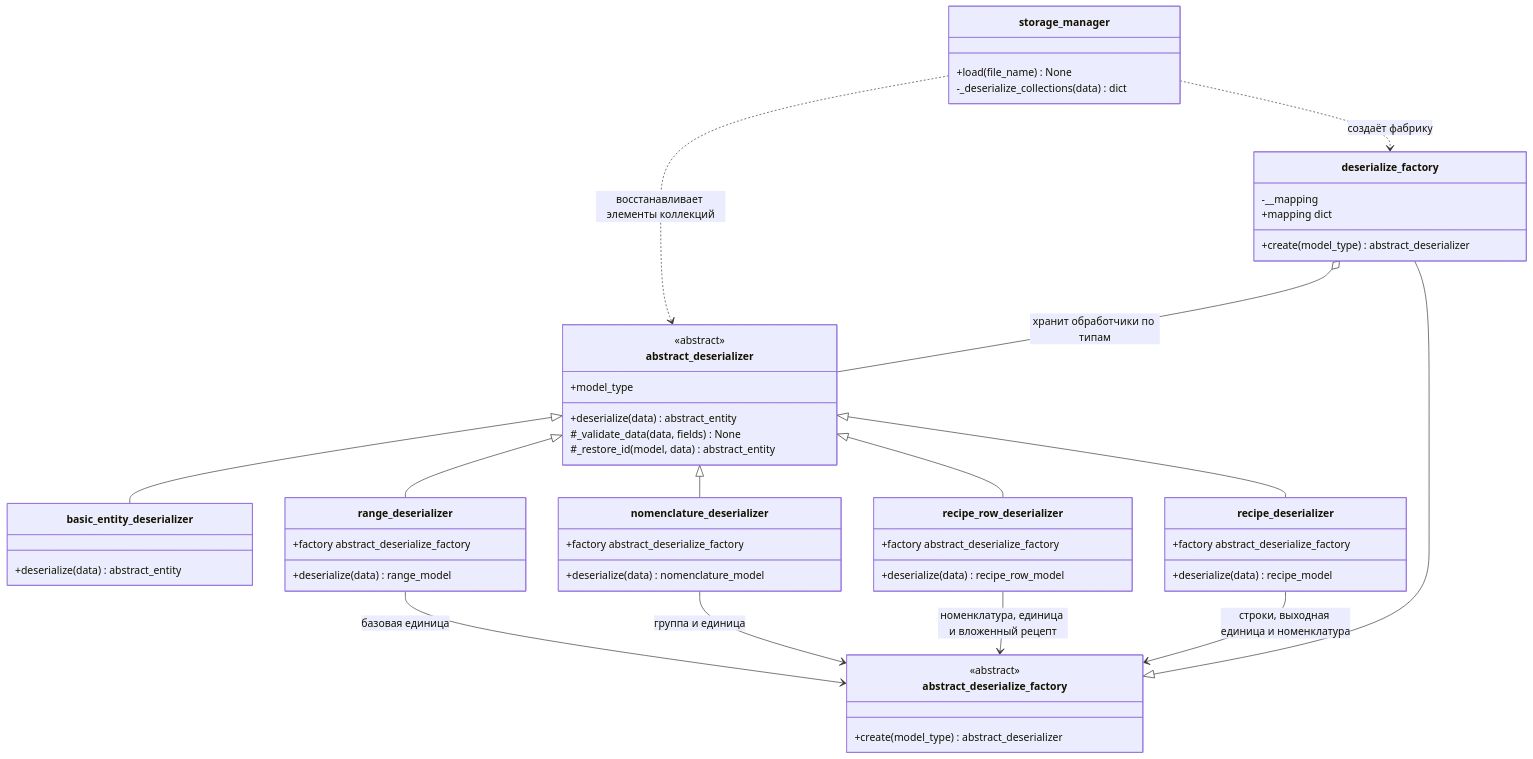
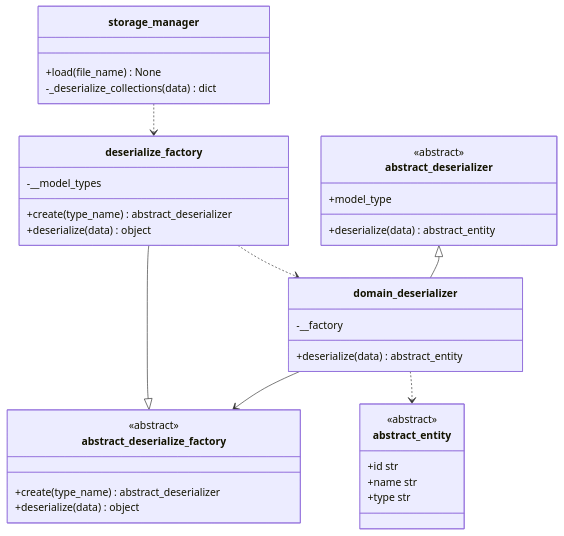
Before and after one commit to Alabaykin/patterns: the diagram in Docs/DeserializationDiagram.md, drawn with Mermaid. The commit also changed other lines of this file, not shown here.

Commit message:
New deserialization diagram

````diff
--- a/Docs/DeserializationDiagram.md
+++ b/Docs/DeserializationDiagram.md
@@ -3,60 +3,41 @@
 ```mermaid
 classDiagram
     direction TB
 
     class storage_manager {
         +load(file_name) None
         -_deserialize_collections(data) dict
     }
     class abstract_deserialize_factory {
         <<abstract>>
-        +create(model_type) abstract_deserializer
+        +create(type_name) abstract_deserializer
+        +deserialize(data) object
     }
     class deserialize_factory {
-        -__mapping
-        +mapping dict
-        +create(model_type) abstract_deserializer
+        -__model_types
+        +create(type_name) abstract_deserializer
+        +deserialize(data) object
     }
     class abstract_deserializer {
         <<abstract>>
         +model_type
         +deserialize(data) abstract_entity
-        #_validate_data(data, fields) None
-        #_restore_id(model, data) abstract_entity
     }
-    class basic_entity_deserializer {
+    class domain_deserializer {
+        -__factory
         +deserialize(data) abstract_entity
     }
-    class range_deserializer {
-        +factory abstract_deserialize_factory
-        +deserialize(data) range_model
-    }
-    class nomenclature_deserializer {
-        +factory abstract_deserialize_factory
-        +deserialize(data) nomenclature_model
-    }
-    class recipe_row_deserializer {
-        +factory abstract_deserialize_factory
-        +deserialize(data) recipe_row_model
-    }
-    class recipe_deserializer {
-        +factory abstract_deserialize_factory
-        +deserialize(data) recipe_model
+    class abstract_entity {
+        <<abstract>>
+        +id str
+        +name str
+        +type str
     }
 
     abstract_deserialize_factory <|-- deserialize_factory
-    abstract_deserializer <|-- basic_entity_deserializer
-    abstract_deserializer <|-- range_deserializer
-    abstract_deserializer <|-- nomenclature_deserializer
-    abstract_deserializer <|-- recipe_row_deserializer
-    abstract_deserializer <|-- recipe_deserializer
-
-    storage_manager ..> deserialize_factory : создаёт фабрику
-    storage_manager ..> abstract_deserializer : восстанавливает элементы коллекций
-    deserialize_factory o-- abstract_deserializer : хранит обработчики по типам
-
-    range_deserializer --> abstract_deserialize_factory : базовая единица
-    nomenclature_deserializer --> abstract_deserialize_factory : группа и единица
-    recipe_row_deserializer --> abstract_deserialize_factory : номенклатура, единица и вложенный рецепт
-    recipe_deserializer --> abstract_deserialize_factory : строки, выходная единица и номенклатура
+    abstract_deserializer <|-- domain_deserializer
+    storage_manager ..> deserialize_factory 
+    deserialize_factory ..> domain_deserializer
+    domain_deserializer --> abstract_deserialize_factory
+    domain_deserializer ..> abstract_entity
 ```
````
